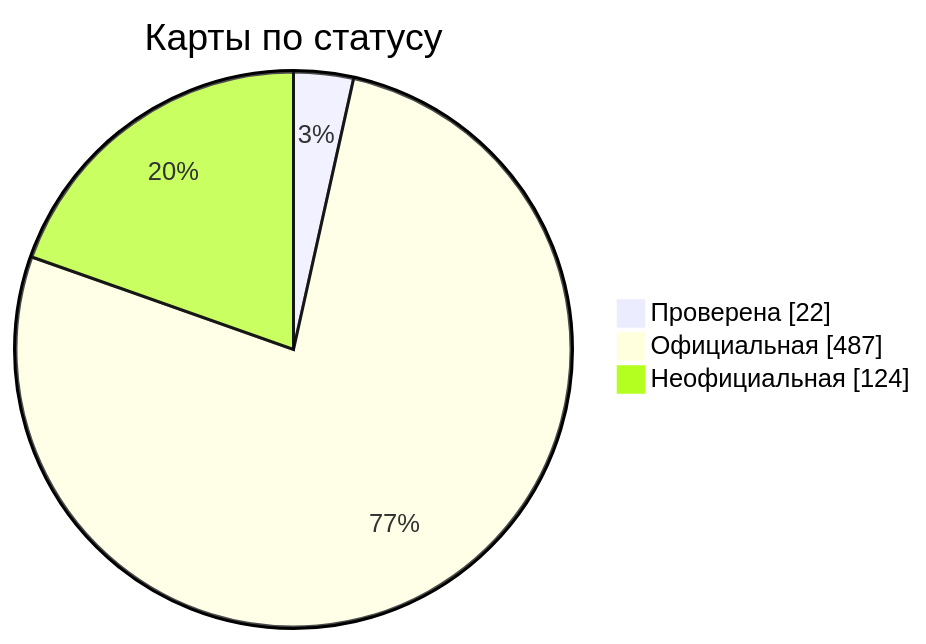
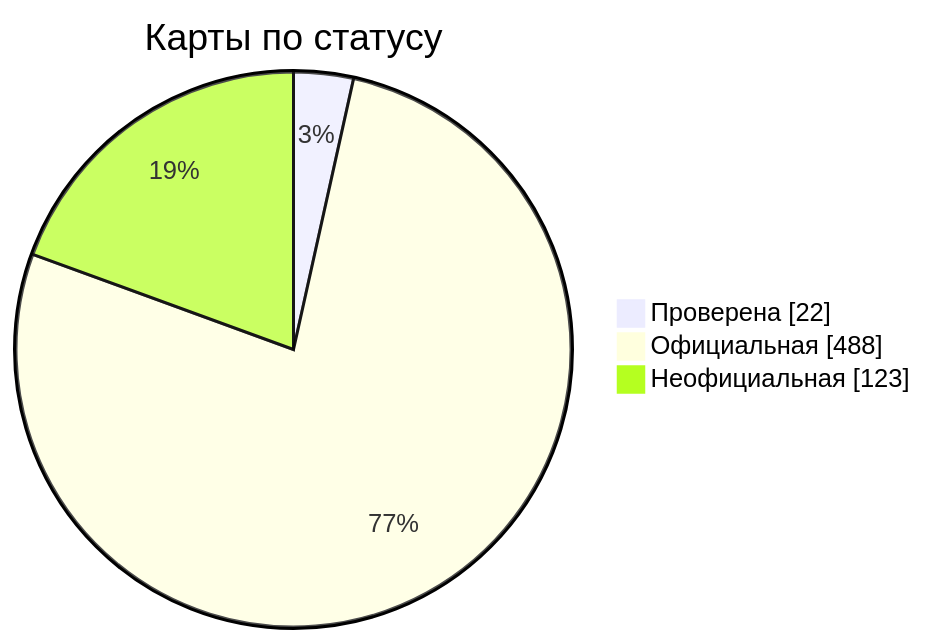
The diagram in docs/readme/README_RU.md (nobrega8/mbmap-library), drawn with Mermaid before and after one commit. The commit also changed 6 other files, not shown here.

````diff
--- a/docs/readme/README_RU.md
+++ b/docs/readme/README_RU.md
@@ -54,7 +54,7 @@
 ```mermaid
 pie showData
     title Карты по статусу
     "Проверена" : 22
-    "Официальная" : 487
-    "Неофициальная" : 124
+    "Официальная" : 488
+    "Неофициальная" : 123
 ```
````
